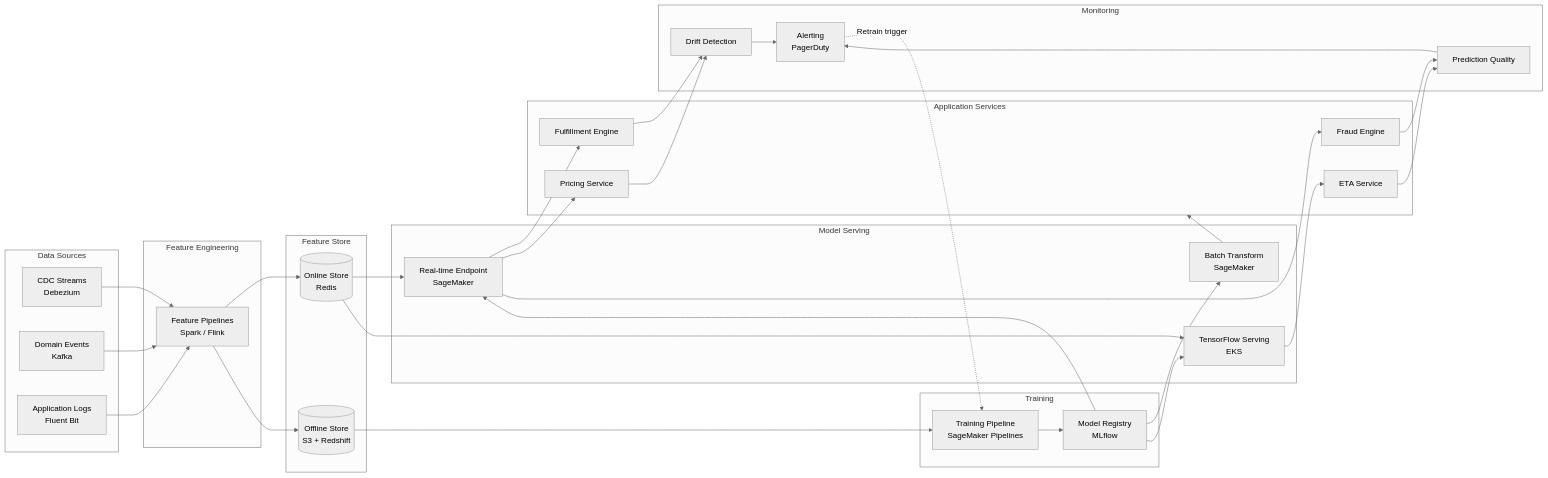
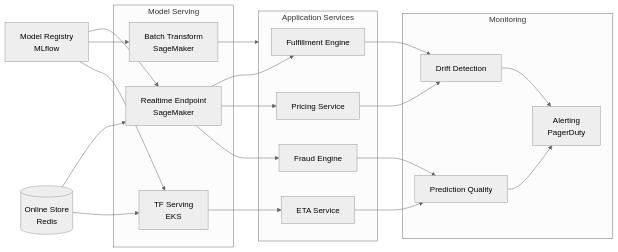
One commit to rishikeshdhokare/platform-manifesto changed the second of 9 diagrams in 10-ai-ml-platform/01-ml-platform.md. Above: the diagram before and after it, drawn with Mermaid (neutral theme). The commit also changed other lines of this file and 14 other files, not shown here.

````diff
--- a/10-ai-ml-platform/01-ml-platform.md
+++ b/10-ai-ml-platform/01-ml-platform.md
@@ -31,66 +64,41 @@
 ```mermaid
 flowchart LR
-    subgraph ingest [Data Sources]
-        CDC[CDC Streams<br/>Debezium]
-        Events[Domain Events<br/>Kafka]
-        Logs[Application Logs<br/>Fluent Bit]
+    Registry["Model Registry<br/>MLflow"]
+    Online[("Online Store<br/>Redis")]
+
+    subgraph serving ["Model Serving"]
+        RT["Realtime Endpoint<br/>SageMaker"]
+        Batch["Batch Transform<br/>SageMaker"]
+        TFS["TF Serving<br/>EKS"]
     end
 
-    subgraph features [Feature Engineering]
-        FE[Feature Pipelines<br/>Spark / Flink]
+    subgraph apps ["Application Services"]
+        Fulfillment["Fulfillment Engine"]
+        Pricing["Pricing Service"]
+        Fraud["Fraud Engine"]
+        ETA["ETA Service"]
     end
 
-    subgraph store [Feature Store]
-        Online[(Online Store<br/>Redis)]
-        Offline[(Offline Store<br/>S3 + Redshift)]
+    subgraph monitor ["Monitoring"]
+        Drift["Drift Detection"]
+        Quality["Prediction Quality"]
+        Alerts["Alerting<br/>PagerDuty"]
     end
 
-    subgraph training [Training]
-        Pipeline[Training Pipeline<br/>SageMaker Pipelines]
-        Registry[Model Registry<br/>MLflow]
-    end
-
-    subgraph serving [Model Serving]
-        RT[Real-time Endpoint<br/>SageMaker]
-        Batch[Batch Transform<br/>SageMaker]
-        TFS[TensorFlow Serving<br/>EKS]
-    end
-
-    subgraph apps [Application Services]
-        Fulfillment[Fulfillment Engine]
-        Pricing[Pricing Service]
-        Fraud[Fraud Engine]
-        ETA[ETA Service]
-    end
-
-    subgraph monitor [Monitoring]
-        Drift[Drift Detection]
-        Quality[Prediction Quality]
-        Alerts[Alerting<br/>PagerDuty]
-    end
-
-    CDC --> FE
-    Events --> FE
-    Logs --> FE
-    FE --> Online
-    FE --> Offline
     Online --> RT
     Online --> TFS
-    Offline --> Pipeline
-    Pipeline --> Registry
     Registry --> RT
     Registry --> Batch
     Registry --> TFS
     RT --> Fulfillment
     RT --> Pricing
     RT --> Fraud
     TFS --> ETA
     Batch --> apps
     Fulfillment --> Drift
     Pricing --> Drift
     Fraud --> Quality
     ETA --> Quality
     Drift --> Alerts
     Quality --> Alerts
-    Alerts -.->|Retrain trigger| Pipeline
 ```
````
